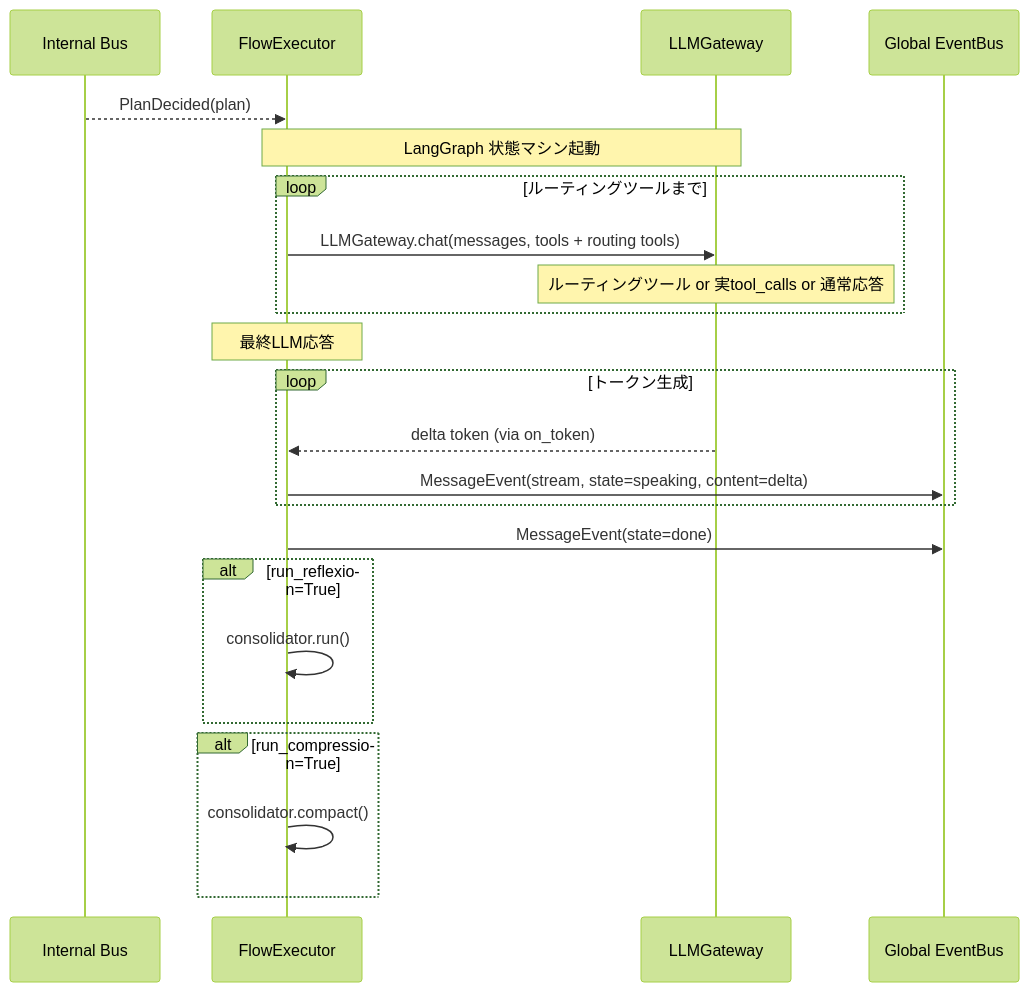
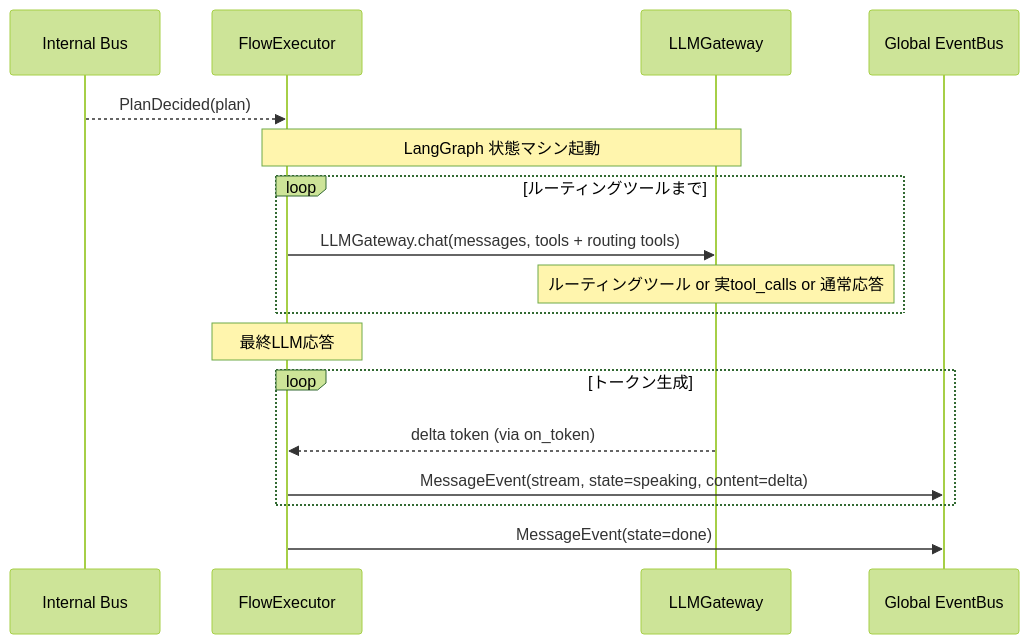
One commit to ibukani/iris-mind changed the second of 2 diagrams in docs/agency-layer.md. Above: the diagram before and after it, drawn with Mermaid (forest theme). The commit also changed other lines of this file and 359 other files, not shown here.

````diff
--- a/docs/agency-layer.md
+++ b/docs/agency-layer.md
@@ -242,32 +225,25 @@
 ```mermaid
 sequenceDiagram
     participant IB as Internal Bus
     participant EX as FlowExecutor
     participant LLM as LLMGateway
     participant EB as Global EventBus
 
     IB-->>EX: PlanDecided(plan)
 
     Note over EX,LLM: LangGraph 状態マシン起動
 
     loop ルーティングツールまで
         EX->>LLM: LLMGateway.chat(messages, tools + routing tools)
         Note over LLM: ルーティングツール or 実tool_calls or 通常応答
     end
 
     Note over EX: 最終LLM応答
 
     loop トークン生成
         LLM-->>EX: delta token (via on_token)
         EX->>EB: MessageEvent(stream, state=speaking, content=delta)
     end
 
     EX->>EB: MessageEvent(state=done)
-
-    alt run_reflexion=True
-        EX->>EX: consolidator.run()
-    end
-    alt run_compression=True
-        EX->>EX: consolidator.compact()
-    end
 ```
````
